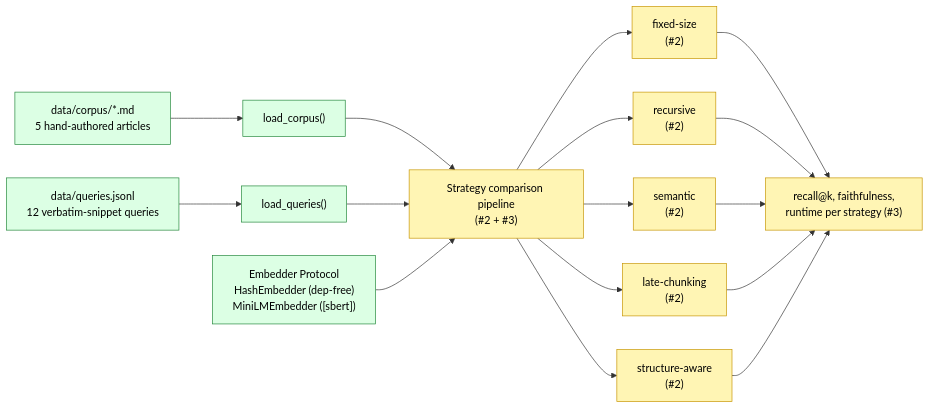
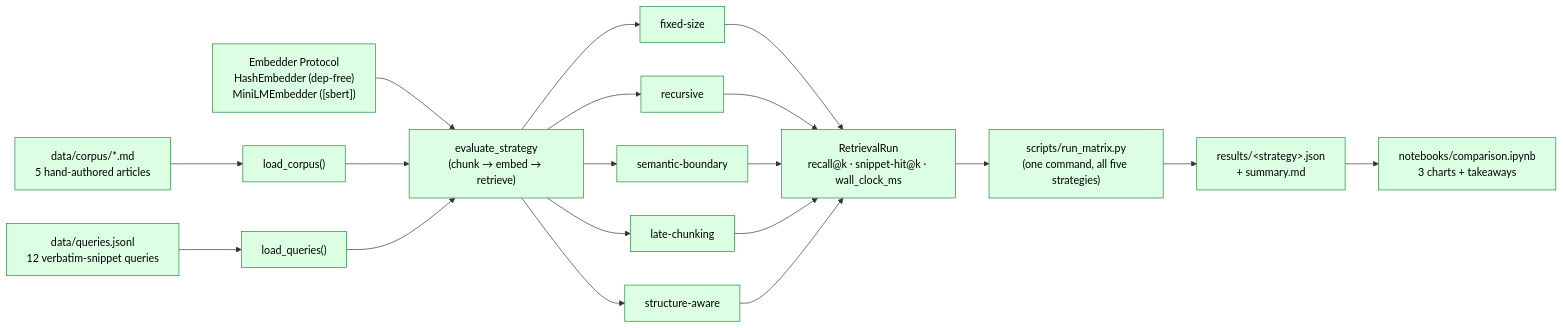
Before and after one commit to jt-mchorse/chunking-strategies-lab: the first of 5 diagrams in docs/architecture.md, drawn with Mermaid. The commit also changed other lines of this file and 3 other files, not shown here.

First line of the commit message:
docs(architecture): cover all 4 shipped layers + recolor diagram (#9) (#10)

````diff
--- a/docs/architecture.md
+++ b/docs/architecture.md
@@ -3,20 +10,23 @@
 ```mermaid
 flowchart LR
     classDef shipped fill:#dcffe4,stroke:#22863a,color:#000
-    classDef pending fill:#fff5b4,stroke:#c69400,color:#000
 
     Docs["data/corpus/*.md<br/>5 hand-authored articles"]:::shipped --> CorpusLoader["load_corpus()"]:::shipped
     Queries["data/queries.jsonl<br/>12 verbatim-snippet queries"]:::shipped --> QueriesLoader["load_queries()"]:::shipped
-
-    CorpusLoader --> Pipeline["Strategy comparison pipeline<br/>(#2 + #3)"]:::pending
-    QueriesLoader --> Pipeline
     Embedder["Embedder Protocol<br/>HashEmbedder (dep-free)<br/>MiniLMEmbedder ([sbert])"]:::shipped --> Pipeline
 
-    Pipeline --> S1["fixed-size<br/>(#2)"]:::pending
-    Pipeline --> S2["recursive<br/>(#2)"]:::pending
-    Pipeline --> S3["semantic<br/>(#2)"]:::pending
-    Pipeline --> S4["late-chunking<br/>(#2)"]:::pending
-    Pipeline --> S5["structure-aware<br/>(#2)"]:::pending
+    CorpusLoader --> Pipeline["evaluate_strategy<br/>(chunk → embed → retrieve)"]:::shipped
+    QueriesLoader --> Pipeline
 
-    S1 & S2 & S3 & S4 & S5 --> Metrics["recall@k, faithfulness,<br/>runtime per strategy (#3)"]:::pending
+    Pipeline --> S1["fixed-size"]:::shipped
+    Pipeline --> S2["recursive"]:::shipped
+    Pipeline --> S3["semantic-boundary"]:::shipped
+    Pipeline --> S4["late-chunking"]:::shipped
+    Pipeline --> S5["structure-aware"]:::shipped
+
+    S1 & S2 & S3 & S4 & S5 --> Metrics["RetrievalRun<br/>recall@k · snippet-hit@k · wall_clock_ms"]:::shipped
+
+    Metrics --> RM["scripts/run_matrix.py<br/>(one command, all five strategies)"]:::shipped
+    RM --> Results["results/&lt;strategy&gt;.json<br/>+ summary.md"]:::shipped
+    Results --> Notebook["notebooks/comparison.ipynb<br/>3 charts + takeaways"]:::shipped
 ```
````
